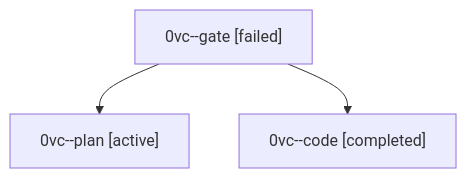
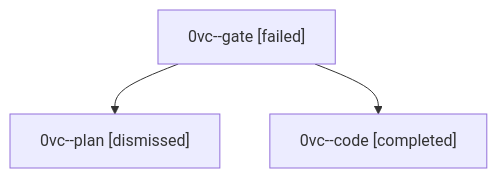
Before and after one commit to bobs-org/bob-cli--agents: the diagram in sessions/bbugyi200.athena.0vc.md, drawn with Mermaid. The commit also changed other lines of this file and 27 other files, not shown here.

````diff
--- a/sessions/bbugyi200.athena.0vc.md
+++ b/sessions/bbugyi200.athena.0vc.md
@@ -9,8 +9,8 @@
 ```mermaid
 flowchart TD
   n0["0vc--gate [failed]"]
-  n1["0vc--plan [active]"]
+  n1["0vc--plan [dismissed]"]
   n0 --> n1
   n2["0vc--code [completed]"]
   n0 --> n2
 ```
````
